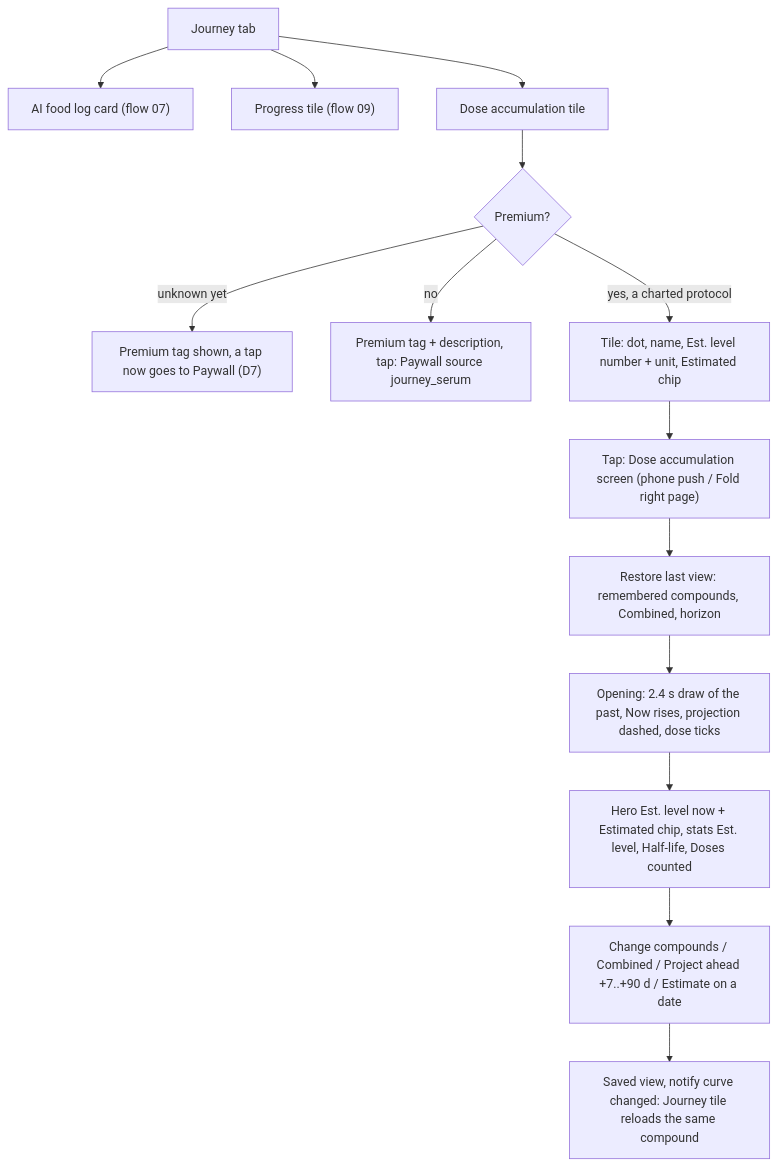
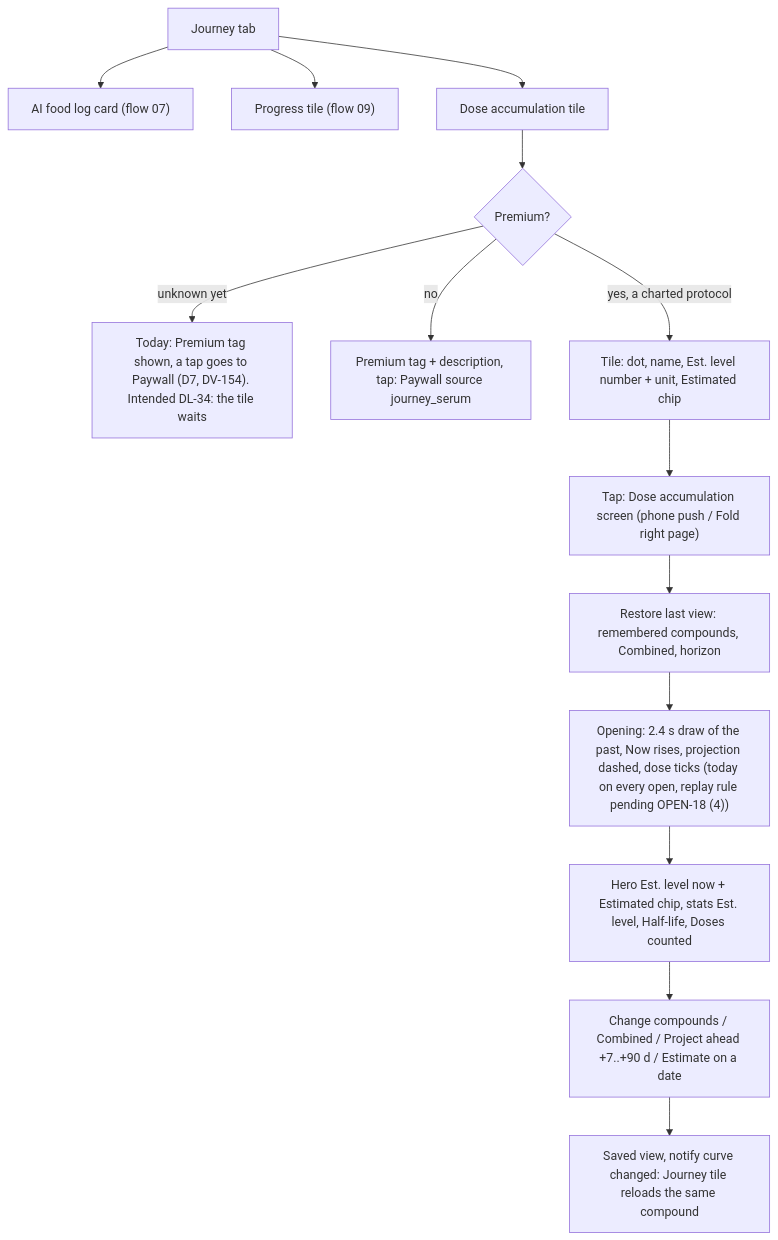
One commit to evandroviskis/dosetrace changed the first of 5 diagrams in docs/product/flows/10-curve-and-journey.md. Above: the diagram before and after it, drawn with Mermaid. The commit also changed other lines of this file and 26 other files, not shown here.

Commit message:
docs/product: round-2 corrections propagated to PRD (G-1..G-233), TRD + dossiers, flows + Portuguese picture from the final registers; 105 diagrams parse; zero stale ids

````diff
--- a/docs/product/flows/10-curve-and-journey.md
+++ b/docs/product/flows/10-curve-and-journey.md
@@ -48,16 +48,16 @@
 ```mermaid
 flowchart TD
   A["Journey tab"] --> B["AI food log card (flow 07)"]
   A --> C["Progress tile (flow 09)"]
   A --> D["Dose accumulation tile"]
   D --> E{"Premium?"}
-  E -->|unknown yet| E2["Premium tag shown, a tap now goes to Paywall (D7)"]
+  E -->|unknown yet| E2["Today: Premium tag shown, a tap goes to Paywall (D7, DV-154). Intended DL-34: the tile waits"]
   E -->|no| F["Premium tag + description, tap: Paywall source journey_serum"]
   E -->|yes, a charted protocol| G["Tile: dot, name, Est. level number + unit, Estimated chip"]
   G --> H["Tap: Dose accumulation screen (phone push / Fold right page)"]
   H --> I["Restore last view: remembered compounds, Combined, horizon"]
-  I --> J["Opening: 2.4 s draw of the past, Now rises, projection dashed, dose ticks"]
+  I --> J["Opening: 2.4 s draw of the past, Now rises, projection dashed, dose ticks (today on every open, replay rule pending OPEN-18 (4))"]
   J --> K["Hero Est. level now + Estimated chip, stats Est. level, Half-life, Doses counted"]
   K --> L["Change compounds / Combined / Project ahead +7..+90 d / Estimate on a date"]
   L --> M["Saved view, notify curve changed: Journey tile reloads the same compound"]
 ```
````
